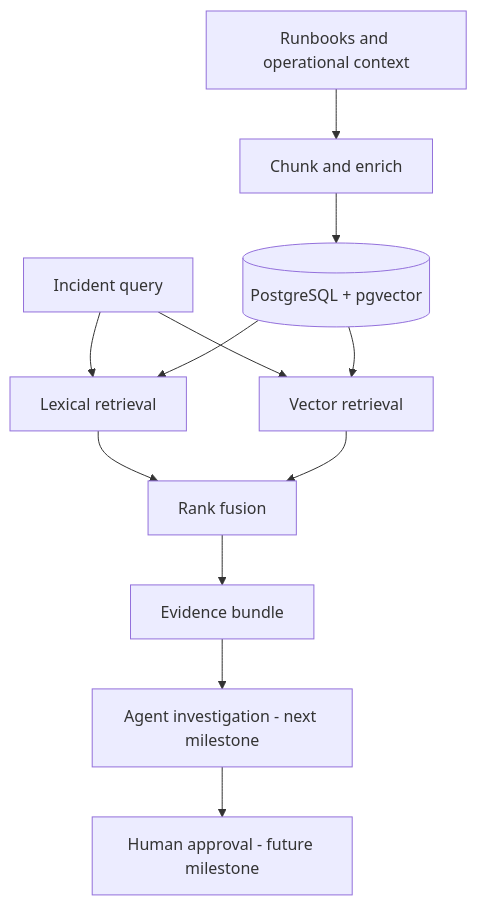
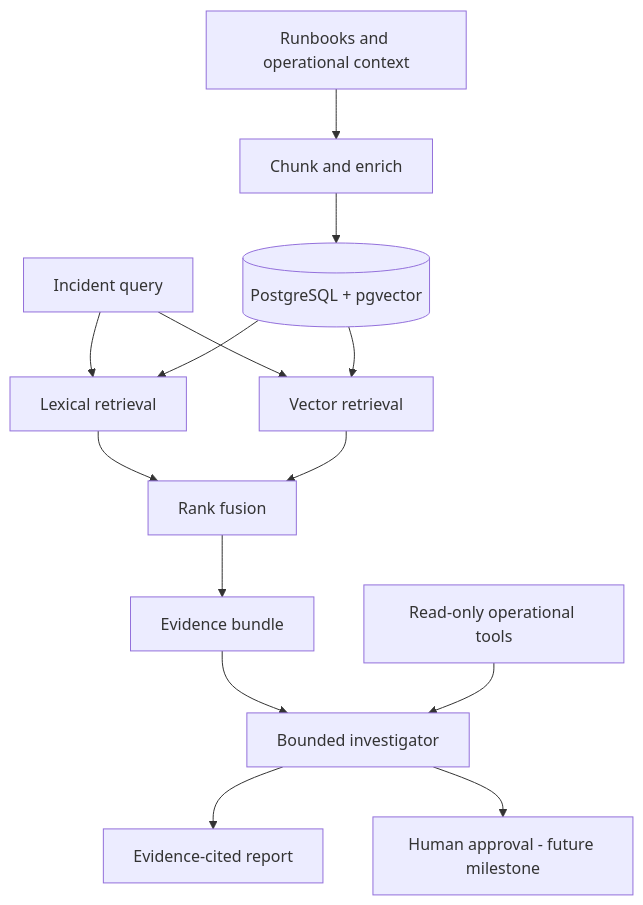
One commit to KishorePav/opspilot changed the diagram in README.md. Above: the diagram before and after it, drawn with Mermaid. The commit also changed other lines of this file and 21 other files, not shown here.

Commit message:
Add bounded incident investigator

````diff
--- a/README.md
+++ b/README.md
@@ -45,14 +51,16 @@
 ```mermaid
 flowchart TD
     A[Runbooks and operational context] --> B[Chunk and enrich]
     B --> C[(PostgreSQL + pgvector)]
     D[Incident query] --> E[Lexical retrieval]
     D --> F[Vector retrieval]
     C --> E
     C --> F
     E --> G[Rank fusion]
     F --> G
     G --> H[Evidence bundle]
-    H --> I[Agent investigation - next milestone]
+    H --> I[Bounded investigator]
+    K[Read-only operational tools] --> I
+    I --> L[Evidence-cited report]
     I --> J[Human approval - future milestone]
 ```
````
